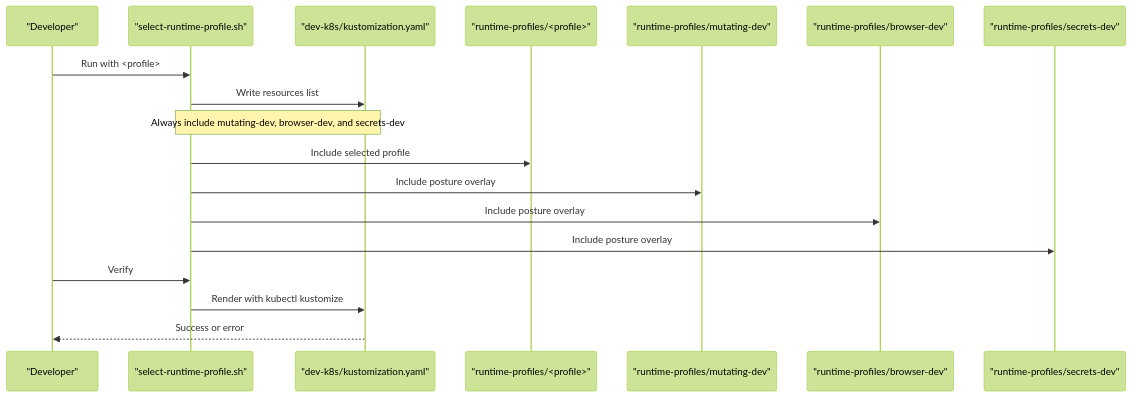
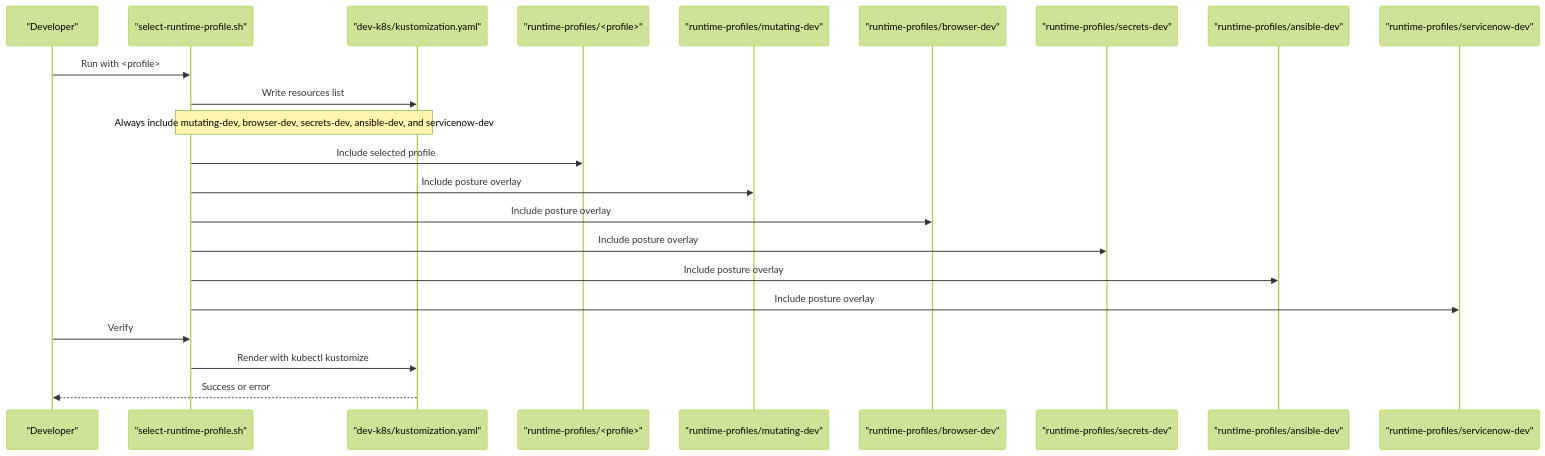
Before and after one commit to metasync/luban-aiops: the second of 8 diagrams in .qoder/repowiki/en/content/Deployment and Operations/Kubernetes Deployment/Runtime Profiles.md, drawn with Mermaid (forest theme). The commit also changed other lines of this file and 24 other files, not shown here.

````diff
--- a/.qoder/repowiki/en/content/Deployment and Operations/Kubernetes Deployment/Runtime Profiles.md
+++ b/.qoder/repowiki/en/content/Deployment and Operations/Kubernetes Deployment/Runtime Profiles.md
@@ -112,20 +130,24 @@
 ```mermaid
 sequenceDiagram
 participant Dev as "Developer"
 participant Sel as "select-runtime-profile.sh"
 participant Kum as "dev-k8s/kustomization.yaml"
 participant Prof as "runtime-profiles/<profile>"
 participant PostM as "runtime-profiles/mutating-dev"
 participant PostB as "runtime-profiles/browser-dev"
 participant PostS as "runtime-profiles/secrets-dev"
+participant PostA as "runtime-profiles/ansible-dev"
+participant PostN as "runtime-profiles/servicenow-dev"
 Dev->>Sel : Run with <profile>
 Sel->>Kum : Write resources list
-Note over Sel,Kum : Always include mutating-dev, browser-dev, and secrets-dev
+Note over Sel,Kum : Always include mutating-dev, browser-dev, secrets-dev, ansible-dev, and servicenow-dev
 Sel->>Prof : Include selected profile
 Sel->>PostM : Include posture overlay
 Sel->>PostB : Include posture overlay
 Sel->>PostS : Include posture overlay
+Sel->>PostA : Include posture overlay
+Sel->>PostN : Include posture overlay
 Dev->>Sel : Verify
 Sel->>Kum : Render with kubectl kustomize
 Kum-->>Dev : Success or error
 ```
````
